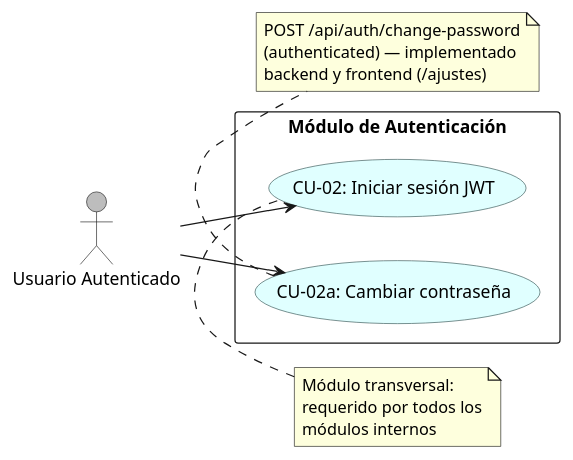
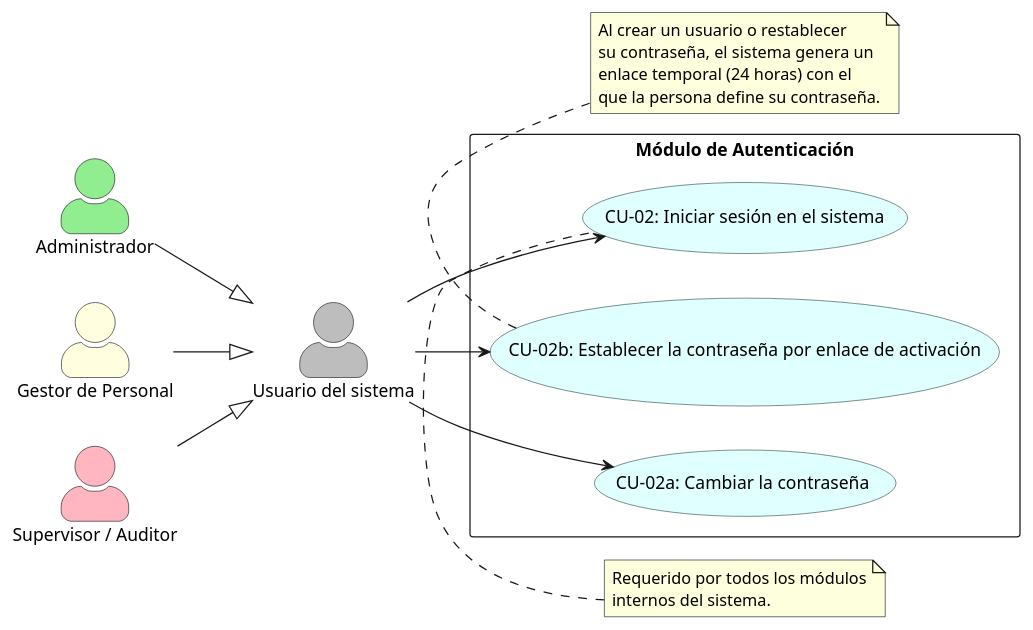
Before and after one commit to ElianMMCode/Zone-Control: the diagram in docs/diagramas/casos_uso/02_modulo_autenticacion.puml, drawn with PlantUML. The commit also changed 5 other files, not shown here.

First line of the commit message:
docs(casos-de-uso): crear los diagramas específicos (01-06) alineados con el general

```diff
--- a/docs/diagramas/casos_uso/02_modulo_autenticacion.puml
+++ b/docs/diagramas/casos_uso/02_modulo_autenticacion.puml
@@ -1,27 +1,41 @@
 @startuml
 skinparam usecase {
     BackgroundColor LightCyan
     BorderColor DarkSlateGray
 }
+skinparam actorStyle awesome
 skinparam packageStyle rectangle
 left to right direction
 
-actor "Usuario Autenticado" as Auth #BDBDBD
+actor "Usuario del sistema" as Auth #BDBDBD
+actor "Administrador" as Admin #LightGreen
+actor "Gestor de Personal" as Gestor #LightYellow
+actor "Supervisor / Auditor" as Sup #LightPink
+
+Admin --|> Auth
+Gestor --|> Auth
+Sup --|> Auth
 
 package "Módulo de Autenticación" {
-    usecase "CU-02: Iniciar sesión JWT" as UC_Login
-    usecase "CU-02a: Cambiar contraseña" as UC_ChangePwd
+    usecase "CU-02: Iniciar sesión en el sistema" as UC_Login
+    usecase "CU-02a: Cambiar la contraseña" as UC_ChangePwd
+    usecase "CU-02b: Establecer la contraseña por enlace de activación" as UC_Setup
 }
 
 Auth --> UC_Login
 Auth --> UC_ChangePwd
+Auth --> UC_Setup
 
-note top of UC_Login : Módulo transversal:\nrequerido por todos los\nmódulos internos
+note top of UC_Login
+  Requerido por todos los módulos
+  internos del sistema.
+end note
 
-note bottom of UC_ChangePwd
-  POST /api/auth/change-password
-  (authenticated) — implementado
-  backend y frontend (/ajustes)
+note bottom of UC_Setup
+  Al crear un usuario o restablecer
+  su contraseña, el sistema genera un
+  enlace temporal (24 horas) con el
+  que la persona define su contraseña.
 end note
 
 @enduml
```
